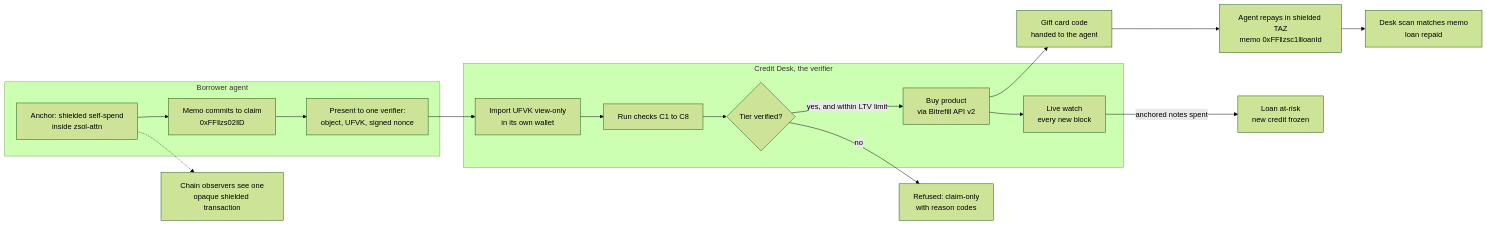
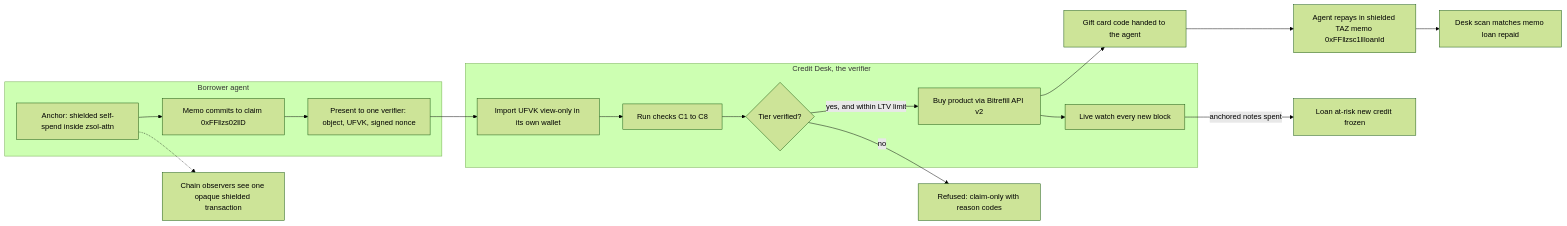
One commit to Srizdebnath/zsol changed the diagram in docs/diagrams/02-solution-overview.mmd. Above: the diagram before and after it, drawn with Mermaid (forest theme). The commit also changed 17 other files, not shown here.

Commit message:
README: Excalidraw renders of all eight diagrams; drop <br/> from Mermaid sources (Excalidraw prints it literally)

```diff
--- a/docs/diagrams/02-solution-overview.mmd
+++ b/docs/diagrams/02-solution-overview.mmd
@@ -1,26 +1,26 @@
 flowchart LR
     subgraph AGENT["Borrower agent"]
-        A1["Anchor: shielded self-spend<br/>inside zsol-attn"]
-        A2["Memo commits to claim<br/>0xFF‖zs02‖D"]
-        A3["Present to one verifier:<br/>object, UFVK, signed nonce"]
+        A1["Anchor: shielded self-spend inside zsol-attn"]
+        A2["Memo commits to claim 0xFF‖zs02‖D"]
+        A3["Present to one verifier: object, UFVK, signed nonce"]
     end
 
     subgraph DESK["Credit Desk, the verifier"]
-        D1["Import UFVK view-only<br/>in its own wallet"]
+        D1["Import UFVK view-only in its own wallet"]
         D2["Run checks C1 to C8"]
         D3{"Tier verified?"}
-        D4["Buy product<br/>via Bitrefill API v2"]
-        D5["Live watch<br/>every new block"]
+        D4["Buy product via Bitrefill API v2"]
+        D5["Live watch every new block"]
     end
 
     A1 --> A2 --> A3 --> D1 --> D2 --> D3
-    D3 -->|"no"| X["Refused: claim-only<br/>with reason codes"]
+    D3 -->|"no"| X["Refused: claim-only with reason codes"]
     D3 -->|"yes, and within LTV limit"| D4
-    D4 --> R["Gift card code<br/>handed to the agent"]
+    D4 --> R["Gift card code handed to the agent"]
     D4 --> D5
-    R --> P["Agent repays in shielded TAZ<br/>memo 0xFF‖zsc1‖loanId"]
-    P --> Z["Desk scan matches memo<br/>loan repaid"]
-    D5 -->|"anchored notes spent"| K["Loan at-risk<br/>new credit frozen"]
+    R --> P["Agent repays in shielded TAZ memo 0xFF‖zsc1‖loanId"]
+    P --> Z["Desk scan matches memo loan repaid"]
+    D5 -->|"anchored notes spent"| K["Loan at-risk new credit frozen"]
 
-    C["Chain observers see one<br/>opaque shielded transaction"]
+    C["Chain observers see one opaque shielded transaction"]
     A1 -.-> C
```
